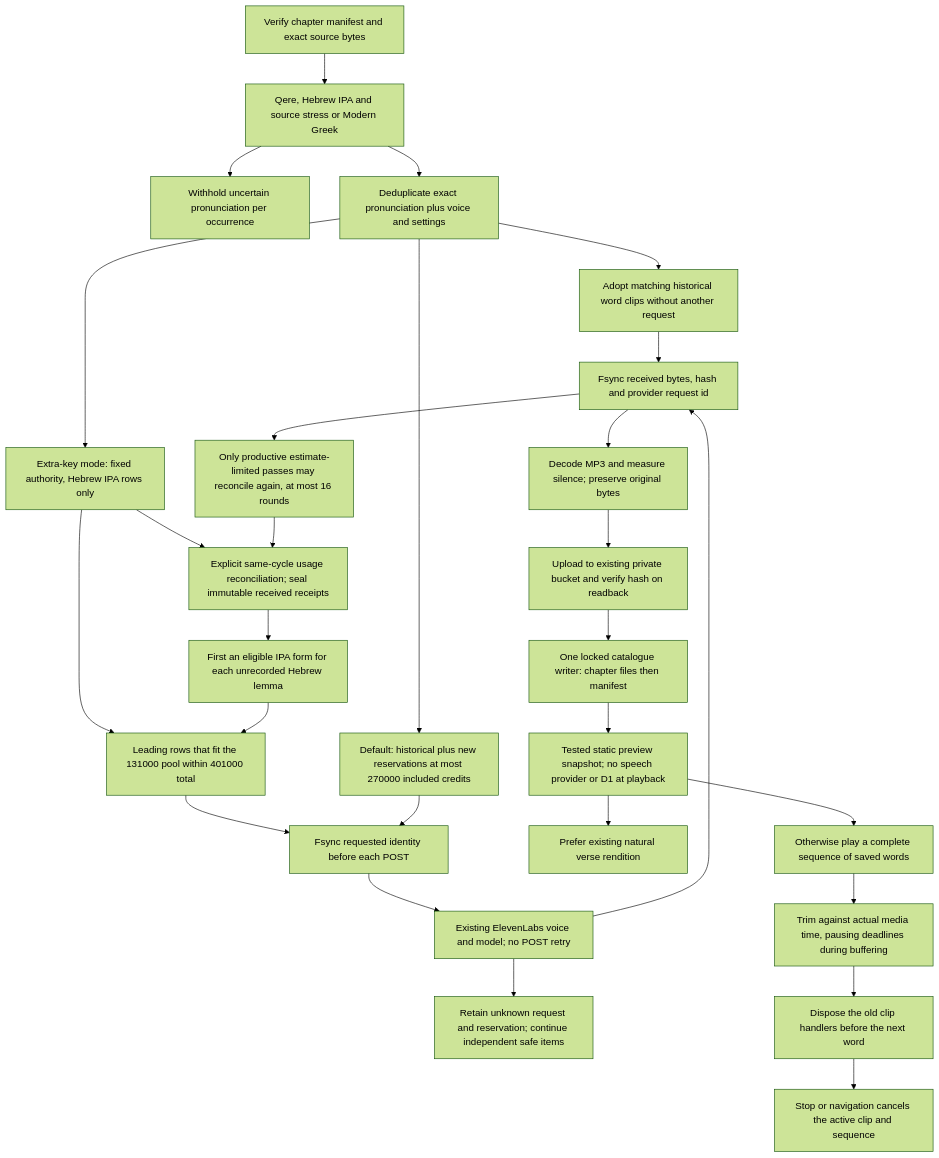
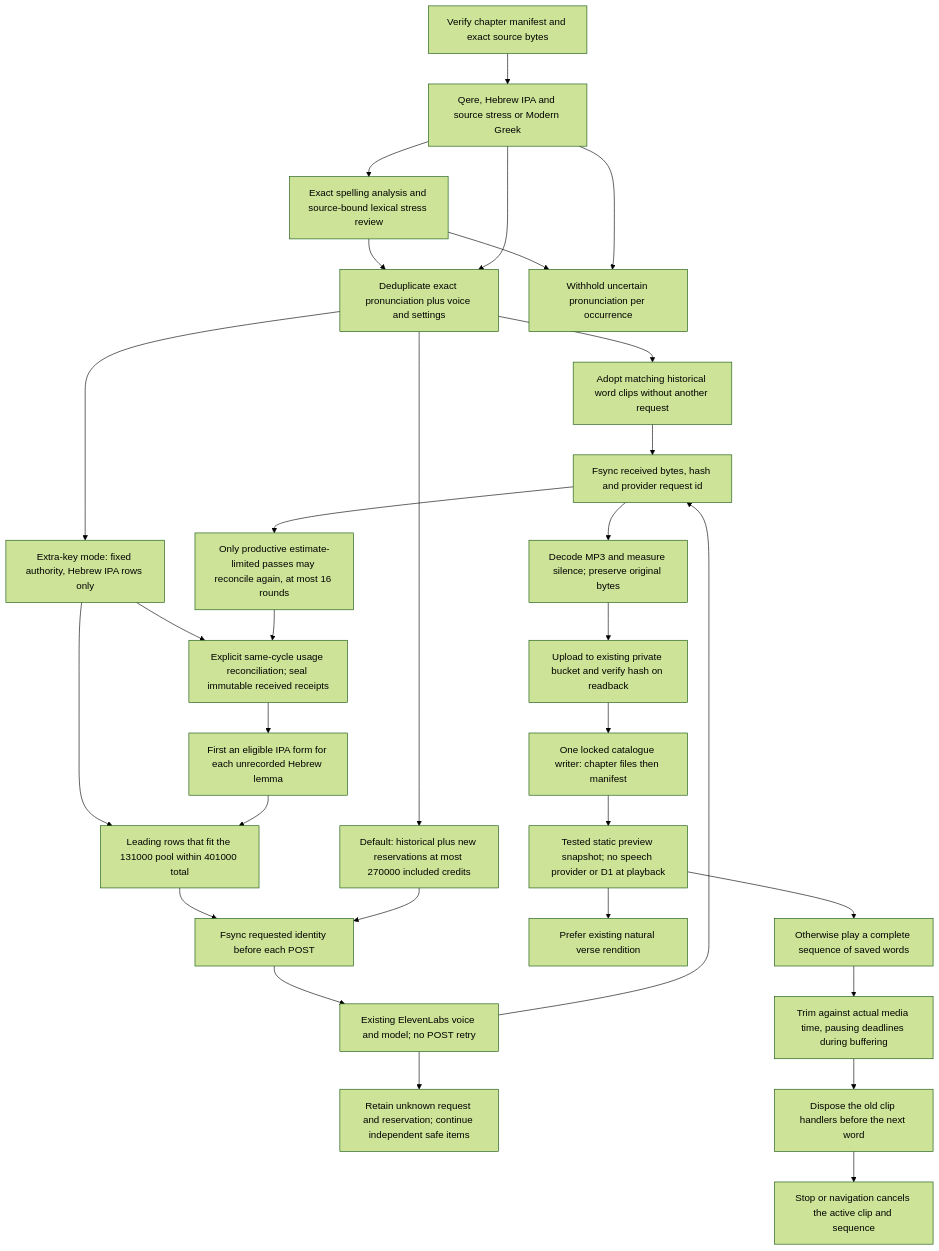
One commit to loveJesus/visual-biblical-language-reader-chirho changed the first of 2 diagrams in spec-chirho/workflows-chirho/reusable-word-audio-chirho.md. Above: the diagram before and after it, drawn with Mermaid (forest theme). The commit also changed other lines of this file and 1198 other files, not shown here.

First line of the commit message:
Extend source-bound Hebrew IPA and refresh published media

````diff
--- a/spec-chirho/workflows-chirho/reusable-word-audio-chirho.md
+++ b/spec-chirho/workflows-chirho/reusable-word-audio-chirho.md
@@ -7,30 +7,33 @@
 ```mermaid
 flowchart TD
   source_chirho[Verify chapter manifest and exact source bytes] --> analysis_chirho[Qere, Hebrew IPA and source stress or Modern Greek]
+  analysis_chirho --> source_reading_chirho[Exact spelling analysis and source-bound lexical stress review]
+  source_reading_chirho --> identity_chirho
+  source_reading_chirho --> holds_chirho
   analysis_chirho --> holds_chirho[Withhold uncertain pronunciation per occurrence]
   analysis_chirho --> identity_chirho[Deduplicate exact pronunciation plus voice and settings]
   identity_chirho --> cache_chirho[Adopt matching historical word clips without another request]
   identity_chirho --> budget_chirho[Default: historical plus new reservations at most 270000 included credits]
   identity_chirho --> funded_chirho[Extra-key mode: fixed authority, Hebrew IPA rows only]
   funded_chirho --> pool_chirho[Leading rows that fit the 131000 pool within 401000 total]
   funded_chirho --> reconcile_chirho[Explicit same-cycle usage reconciliation; seal immutable received receipts]
   reconcile_chirho --> seed_chirho[First an eligible IPA form for each unrecorded Hebrew lemma]
   seed_chirho --> pool_chirho
   received_chirho --> next_settlement_chirho[Only productive estimate-limited passes may reconcile again, at most 16 rounds]
   next_settlement_chirho --> reconcile_chirho
   pool_chirho --> receipt_chirho
   budget_chirho --> receipt_chirho[Fsync requested identity before each POST]
   receipt_chirho --> synthesis_chirho[Existing ElevenLabs voice and model; no POST retry]
   synthesis_chirho --> unknown_chirho[Retain unknown request and reservation; continue independent safe items]
   synthesis_chirho --> received_chirho[Fsync received bytes, hash and provider request id]
   cache_chirho --> received_chirho
   received_chirho --> decode_chirho[Decode MP3 and measure silence; preserve original bytes]
   decode_chirho --> r2_chirho[Upload to existing private bucket and verify hash on readback]
   r2_chirho --> catalogue_chirho[One locked catalogue writer: chapter files then manifest]
   catalogue_chirho --> snapshot_chirho[Tested static preview snapshot; no speech provider or D1 at playback]
   snapshot_chirho --> natural_chirho[Prefer existing natural verse rendition]
   snapshot_chirho --> assembled_chirho[Otherwise play a complete sequence of saved words]
   assembled_chirho --> clip_clock_chirho[Trim against actual media time, pausing deadlines during buffering]
   clip_clock_chirho --> next_word_chirho[Dispose the old clip handlers before the next word]
   next_word_chirho --> cancel_chirho[Stop or navigation cancels the active clip and sequence]
 ```
````
